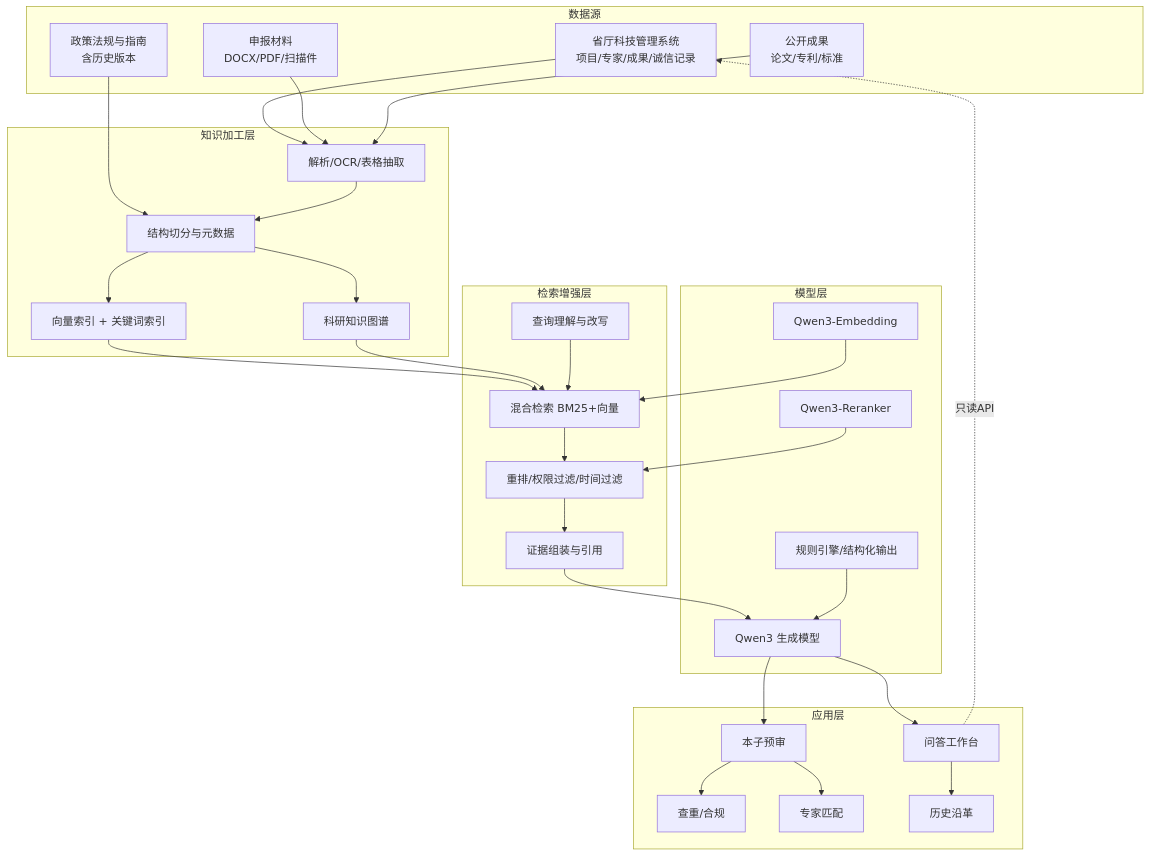
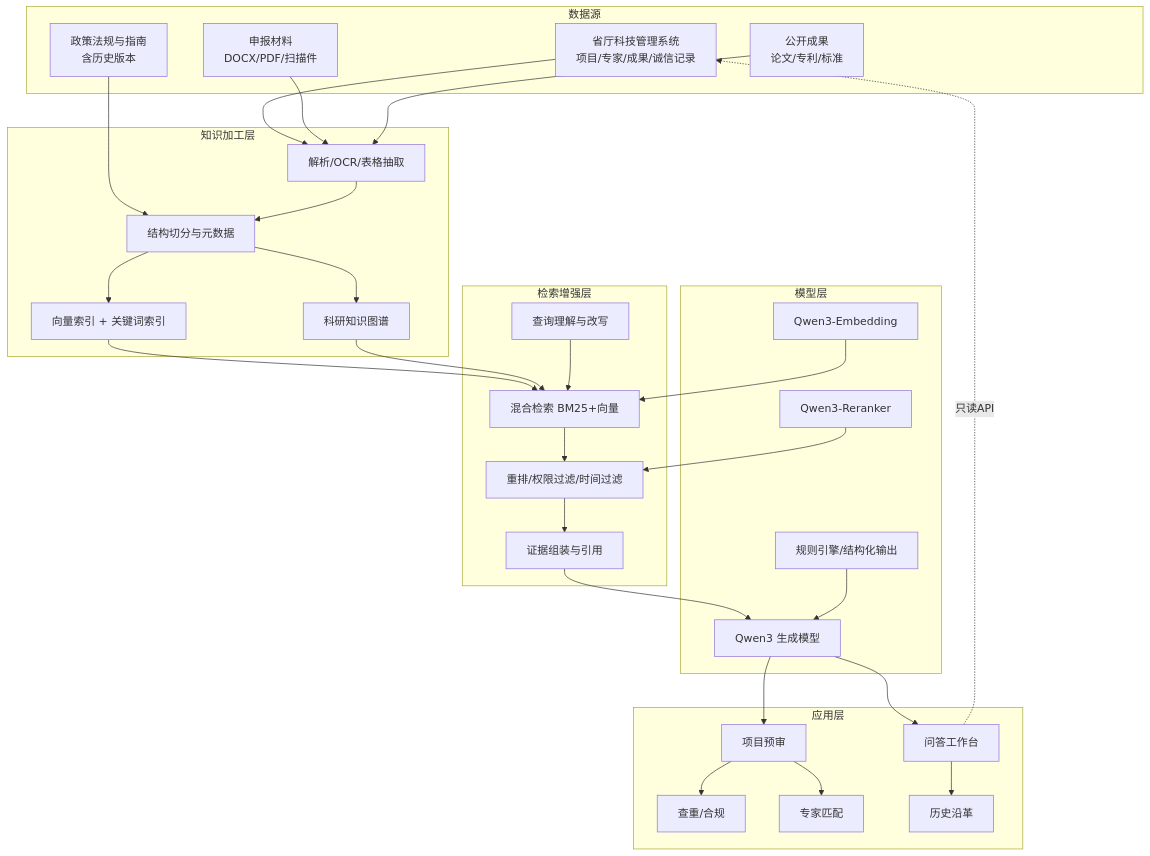
Before and after one commit to fojian666/yanxin-review: the first of 2 diagrams in 实施方案-RAG垂类模型与智能问答.md, drawn with Mermaid. The commit also changed other lines of this file and 28 other files, not shown here.

````diff
--- a/实施方案-RAG垂类模型与智能问答.md
+++ b/实施方案-RAG垂类模型与智能问答.md
@@ -124,58 +124,58 @@
 ```mermaid
 flowchart TB
     subgraph S[数据源]
         A1[省厅科技管理系统<br/>项目/专家/成果/诚信记录]
         A2[申报材料<br/>DOCX/PDF/扫描件]
         A3[政策法规与指南<br/>含历史版本]
         A4[公开成果<br/>论文/专利/标准]
     end
 
     subgraph K[知识加工层]
         B1[解析/OCR/表格抽取]
         B2[结构切分与元数据]
         B3[向量索引 + 关键词索引]
         B4[科研知识图谱]
     end
 
     subgraph R[检索增强层]
         C1[查询理解与改写]
         C2[混合检索 BM25+向量]
         C3[重排/权限过滤/时间过滤]
         C4[证据组装与引用]
     end
 
     subgraph M[模型层]
         D1[Qwen3 生成模型]
         D2[Qwen3-Embedding]
         D3[Qwen3-Reranker]
         D4[规则引擎/结构化输出]
     end
 
     subgraph APP[应用层]
         E1[问答工作台]
-        E2[本子预审]
+        E2[项目预审]
         E3[查重/合规]
         E4[专家匹配]
         E5[历史沿革]
     end
 
     A1 --> B1
     A2 --> B1
     A3 --> B2
     A4 --> B1
     B1 --> B2
     B2 --> B3
     B2 --> B4
     B3 --> C2
     B4 --> C2
     C1 --> C2 --> C3 --> C4 --> D1
     D2 --> C2
     D3 --> C3
     D4 --> D1
     D1 --> E1
     D1 --> E2
     E2 --> E3
     E2 --> E4
     E1 --> E5
     E1 -. 只读API .-> A1
 ```
````
